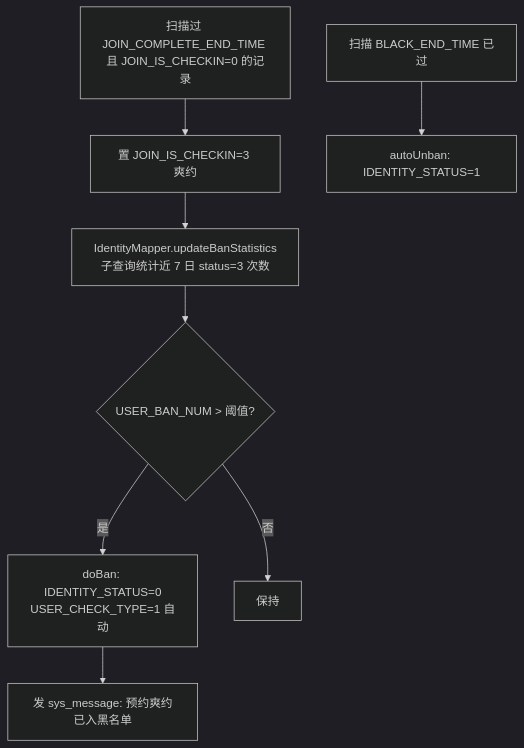
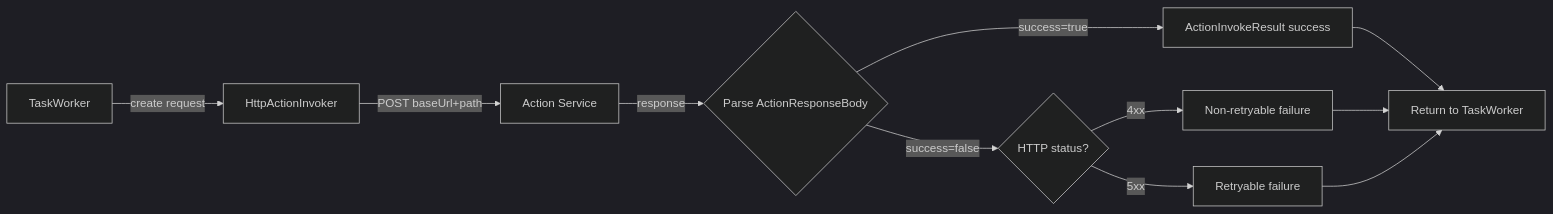
Before and after one commit to kilogram11/Museum-Reservations: the eighth of 18 diagrams in project-docs/FLOWS.md, drawn with Mermaid (dark theme). The commit also changed other lines of this file and 64 other files, not shown here.

````diff
--- a/project-docs/FLOWS.md
+++ b/project-docs/FLOWS.md
@@ -118,10 +215,13 @@
 ```mermaid
-flowchart TD
-    A[扫描过 JOIN_COMPLETE_END_TIME 且 JOIN_IS_CHECKIN=0 的记录] --> B[置 JOIN_IS_CHECKIN=3 爽约]
-    B --> C[IdentityMapper.updateBanStatistics<br/>子查询统计近 7 日 status=3 次数]
-    C --> D{USER_BAN_NUM > 阈值?}
-    D -- 是 --> E[doBan: IDENTITY_STATUS=0<br/>USER_CHECK_TYPE=1 自动]
-    D -- 否 --> F[保持]
-    G[扫描 BLACK_END_TIME 已过] --> H[autoUnban: IDENTITY_STATUS=1]
-    E --> I[发 sys_message: 预约爽约已入黑名单]
+flowchart LR
+    A[TaskWorker] -->|create request| B[HttpActionInvoker]
+    B -->|POST baseUrl+path| C[Action Service]
+    C -->|response| D{Parse ActionResponseBody}
+    D -->|success=true| E[ActionInvokeResult success]
+    D -->|success=false| F{HTTP status?}
+    F -->|4xx| G[Non-retryable failure]
+    F -->|5xx| H[Retryable failure]
+    E --> I[Return to TaskWorker]
+    G --> I
+    H --> I
 ```
````
